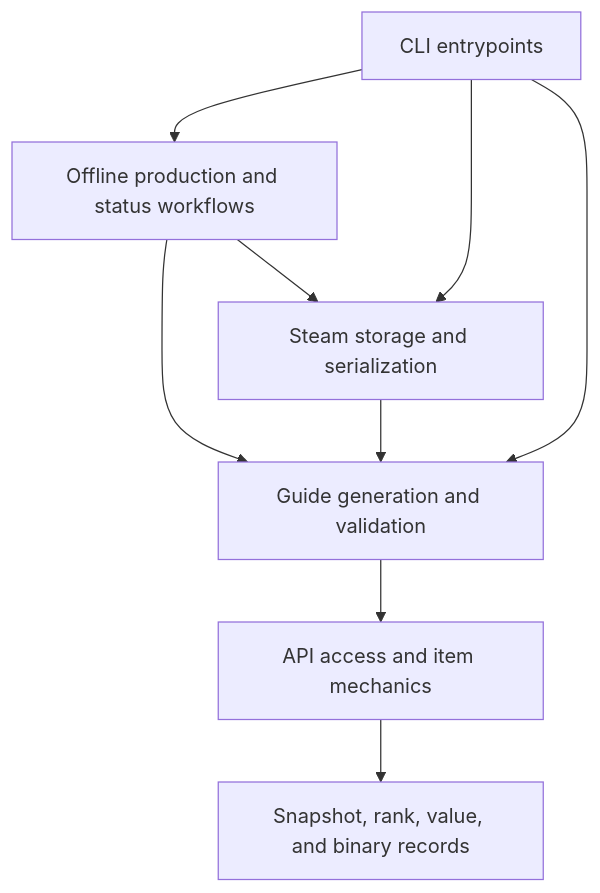
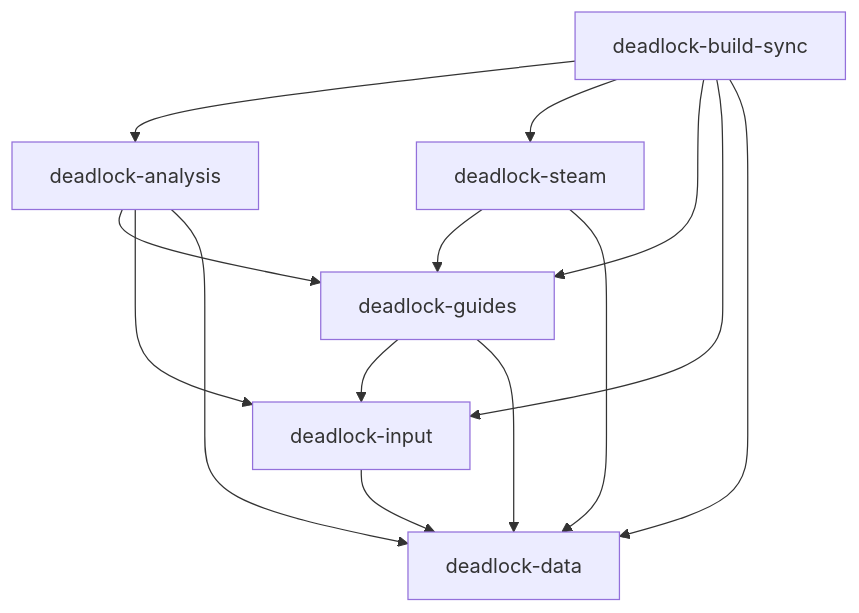
Before and after one commit to sxndmxn/deadlock-build-sync: the diagram in docs/architecture.md, drawn with Mermaid. The commit also changed other lines of this file and 807 other files, not shown here.

````diff
--- a/docs/architecture.md
+++ b/docs/architecture.md
@@ -19,11 +12,16 @@
 ```mermaid
 flowchart TD
-    commands[CLI entrypoints] --> workflows[Offline production and status workflows]
-    commands --> storage[Steam storage and serialization]
-    commands --> runtime[Guide generation and validation]
-    workflows --> runtime
-    workflows --> storage
-    storage --> runtime
-    runtime --> inputs[API access and item mechanics]
-    inputs --> foundation[Snapshot, rank, value, and binary records]
+    cli[deadlock-build-sync] --> analysis[deadlock-analysis]
+    cli --> steam[deadlock-steam]
+    cli --> guides[deadlock-guides]
+    cli --> input[deadlock-input]
+    cli --> data[deadlock-data]
+    analysis --> guides
+    analysis --> input
+    analysis --> data
+    steam --> guides
+    steam --> data
+    guides --> input
+    guides --> data
+    input --> data
 ```
````
